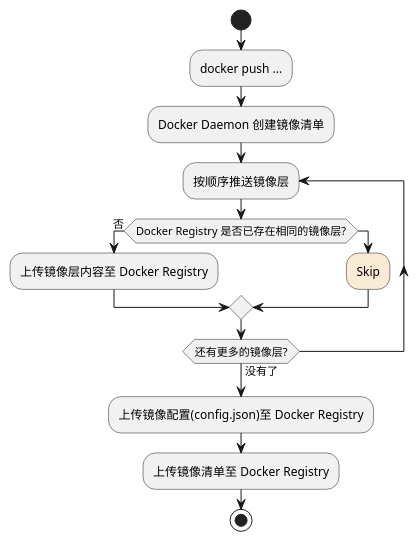
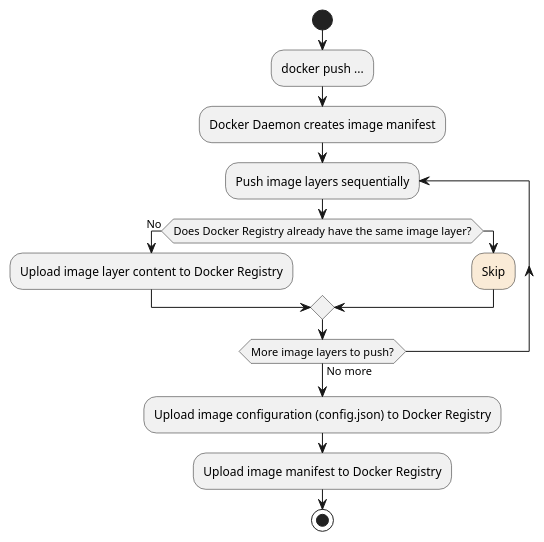
The second of 2 diagrams in src/en/_posts/container/2021-12-05-How To Build Image-手把手教你如何推镜像至 Docker Registry.md (shabbywu/blog), drawn with PlantUML before and after one commit. The commit also changed other lines of this file and 6 other files, not shown here.

````diff
--- a/src/en/_posts/container/2021-12-05-How To Build Image-手把手教你如何推镜像至 Docker Registry.md
+++ b/src/en/_posts/container/2021-12-05-How To Build Image-手把手教你如何推镜像至 Docker Registry.md
@@ -102,20 +106,20 @@
 ```plantuml
 @startuml
 start
 :docker push ...;
-:Docker Daemon 创建镜像清单;
+:Docker Daemon creates image manifest;
 
-repeat :按顺序推送镜像层;
+repeat :Push image layers sequentially;
 
-if (Docker Registry 是否已存在相同的镜像层?) then (否)
-:上传镜像层内容至 Docker Registry;
+if (Does Docker Registry already have the same image layer?) then (No)
+:Upload image layer content to Docker Registry;
 else
 #AntiqueWhite:Skip;
 endif
-repeat while (还有更多的镜像层?) not (没有了)
+repeat while (More image layers to push?) not (No more)
 
-:上传镜像配置(config.json)至 Docker Registry;
-:上传镜像清单至 Docker Registry;
+:Upload image configuration (config.json) to Docker Registry;
+:Upload image manifest to Docker Registry;
 stop
 @enduml
 ```
````
